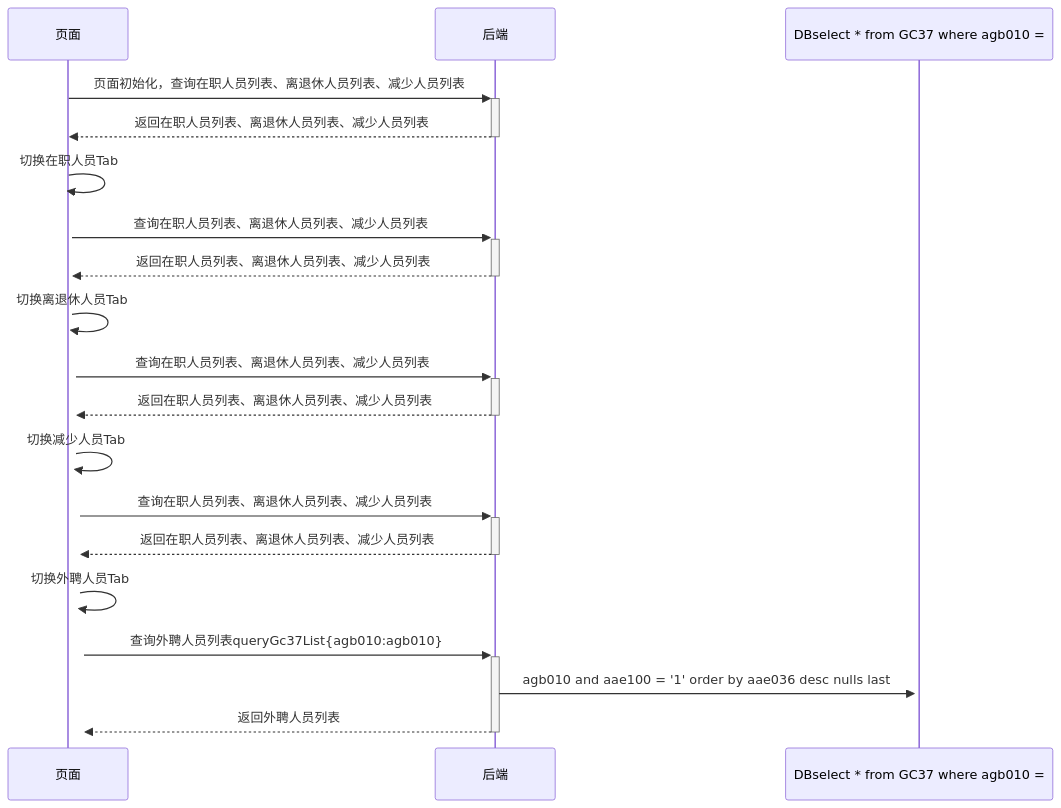
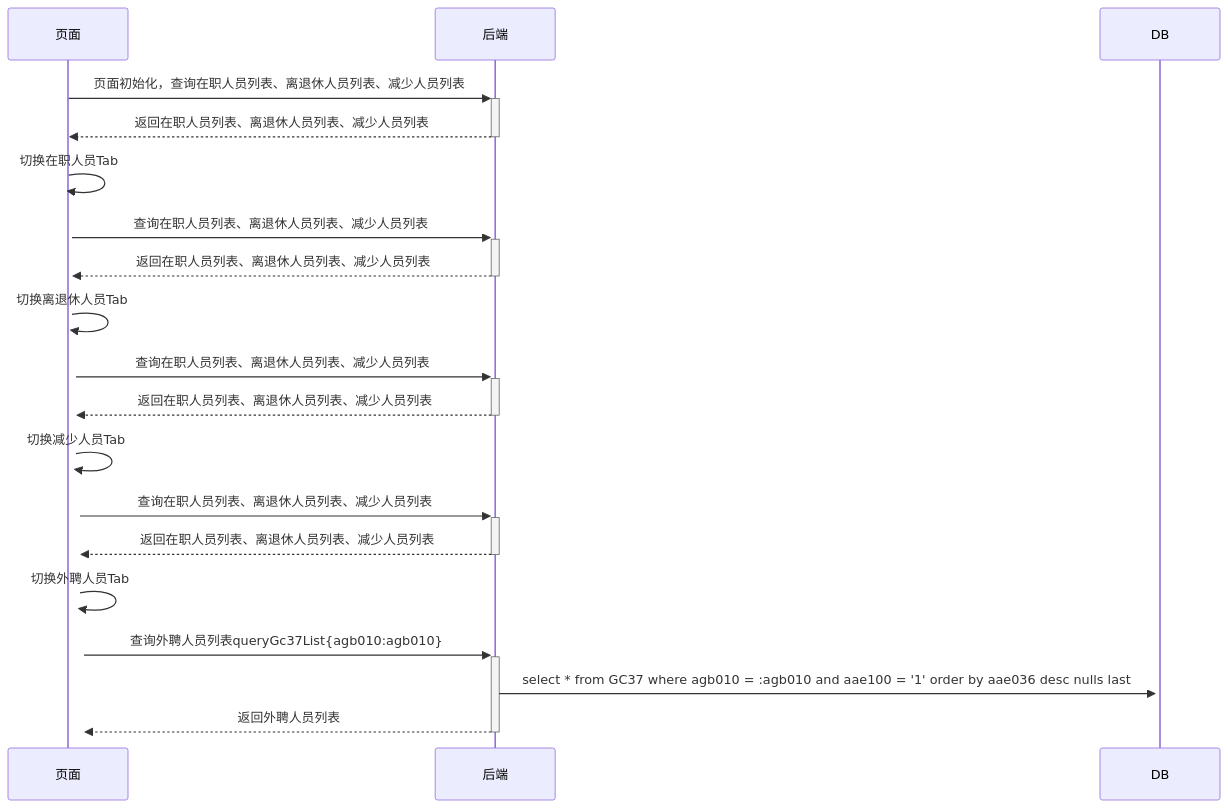
One commit to ZhangJianBeiJing/iodraw-files changed the diagram in all/人员基本信息初始化页面多Tab调用业务流程.md. Above: the diagram before and after it, drawn with Mermaid.

Commit message:
2025-03-25 10:29:13 update

````diff
--- a/all/人员基本信息初始化页面多Tab调用业务流程.md
+++ b/all/人员基本信息初始化页面多Tab调用业务流程.md
@@ -1,18 +1,19 @@
 ```mermaid
 sequenceDiagram
     页面->>+后端: 页面初始化，查询在职人员列表、离退休人员列表、减少人员列表
     后端-->>-页面:返回在职人员列表、离退休人员列表、减少人员列表
     页面->>+页面:切换在职人员Tab
     页面->>+后端:查询在职人员列表、离退休人员列表、减少人员列表
     后端-->>-页面:返回在职人员列表、离退休人员列表、减少人员列表
     页面->>+页面:切换离退休人员Tab
     页面->>+后端:查询在职人员列表、离退休人员列表、减少人员列表
     后端-->>-页面:返回在职人员列表、离退休人员列表、减少人员列表
     页面->>+页面:切换减少人员Tab
     页面->>+后端:查询在职人员列表、离退休人员列表、减少人员列表
     后端-->>-页面:返回在职人员列表、离退休人员列表、减少人员列表
     页面->>+页面:切换外聘人员Tab
     页面->>+后端:查询外聘人员列表queryGc37List{agb010:agb010}
-    后端->>+DBselect * from GC37 where agb010 = :agb010 and aae100 = '1' order by aae036 desc nulls last  
+    后端->>+DB:select * from GC37 where agb010 = :agb010 and aae100 = '1' order by aae036 desc nulls last
+     
     后端-->>-页面:返回外聘人员列表
 ```
````
